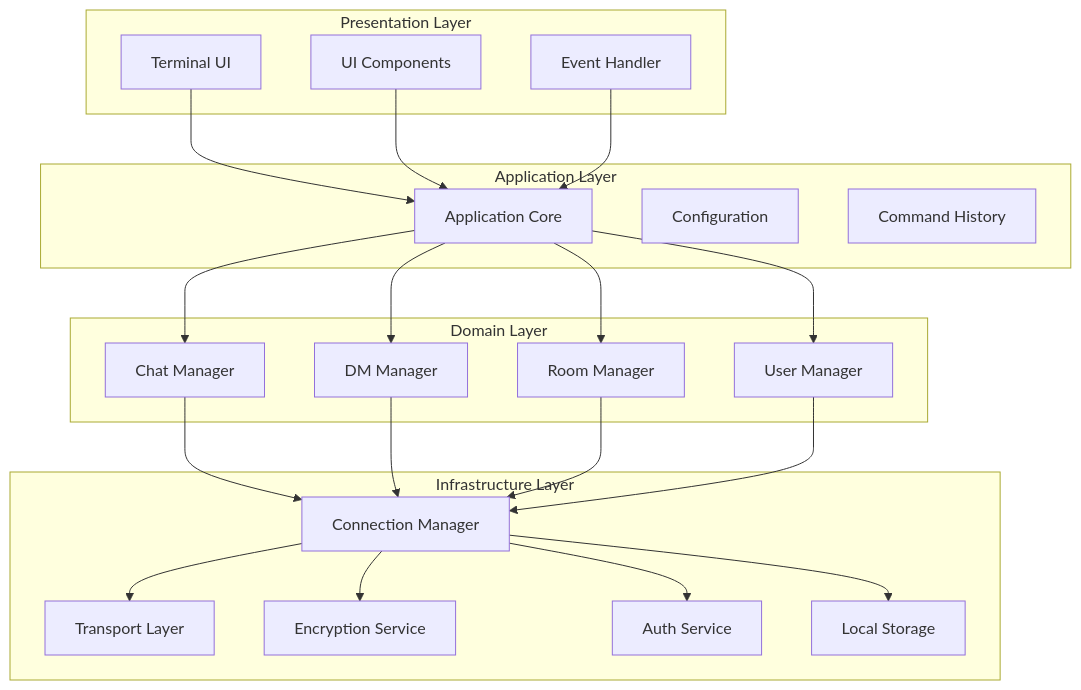
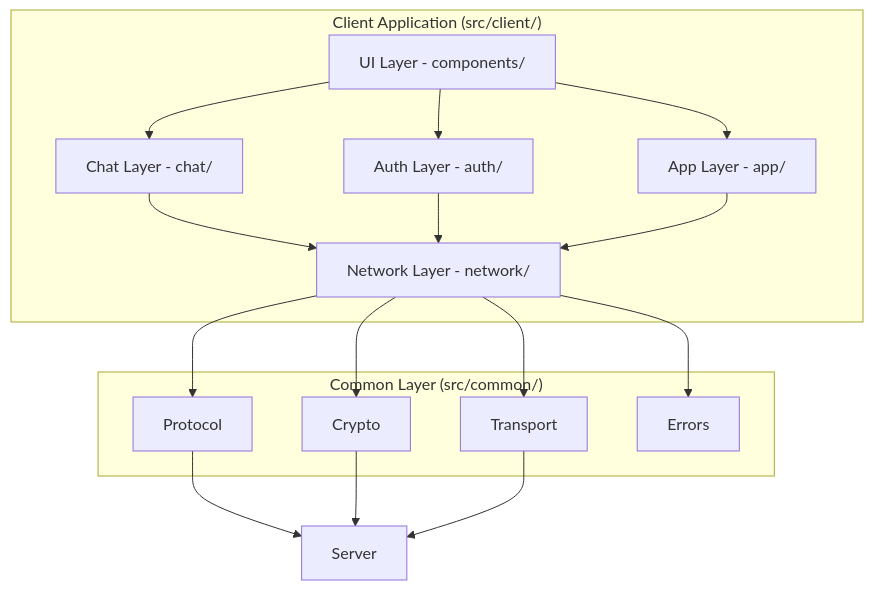
The second of 13 diagrams in docs/architecture/README.md (berrym/lair-chat), drawn with Mermaid before and after one commit. The commit also changed other lines of this file and 10 other files, not shown here.

````diff
--- a/docs/architecture/README.md
+++ b/docs/architecture/README.md
@@ -119,48 +151,33 @@
 ```mermaid
 graph TD
-    subgraph "Presentation Layer"
-        TUI[Terminal UI]
-        COMP[UI Components]
-        EVENTS[Event Handler]
+    subgraph "Client Application (src/client/)"
+        UI[UI Layer - components/]
+        CHAT[Chat Layer - chat/]
+        AUTH[Auth Layer - auth/]
+        APP[App Layer - app/]
+        NET[Network Layer - network/]
     end
     
-    subgraph "Application Layer"
-        APP[Application Core]
-        CONFIG[Configuration]
-        HISTORY[Command History]
+    subgraph "Common Layer (src/common/)"
+        PROTO[Protocol]
+        CRYPTO[Crypto]
+        TRANS[Transport]
+        ERR[Errors]
     end
     
-    subgraph "Domain Layer"
-        CHAT[Chat Manager]
-        DM[DM Manager]
-        ROOM[Room Manager]
-        USER[User Manager]
-    end
+    UI --> CHAT
+    UI --> AUTH
+    UI --> APP
+    CHAT --> NET
+    AUTH --> NET
+    APP --> NET
     
-    subgraph "Infrastructure Layer"
-        CONN[Connection Manager]
-        TRANS[Transport Layer]
-        CRYPTO[Encryption Service]
-        AUTH[Auth Service]
-        STORE[Local Storage]
-    end
+    NET --> PROTO
+    NET --> CRYPTO
+    NET --> TRANS
+    NET --> ERR
     
-    TUI --> APP
-    COMP --> APP
-    EVENTS --> APP
-    
-    APP --> CHAT
-    APP --> DM
-    APP --> ROOM
-    APP --> USER
-    
-    CHAT --> CONN
-    DM --> CONN
-    ROOM --> CONN
-    USER --> CONN
-    
-    CONN --> TRANS
-    CONN --> CRYPTO
-    CONN --> AUTH
-    CONN --> STORE
+    PROTO --> Server
+    CRYPTO --> Server
+    TRANS --> Server
 ```
````
